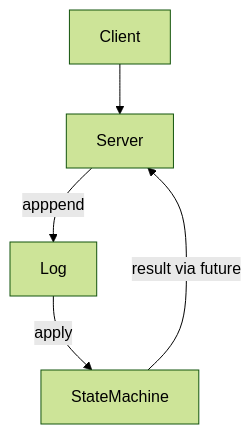
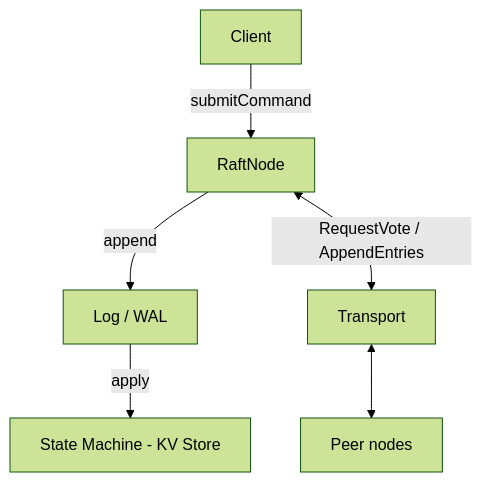
One commit to SpechtLabs/granary changed the diagram in README.md. Above: the diagram before and after it, drawn with Mermaid (forest theme). The commit also changed other lines of this file and 36 other files, not shown here.

````diff
--- a/README.md
+++ b/README.md
@@ -15,12 +53,15 @@
 ```mermaid
 flowchart TD
     client[Client]
-    server[Server]
-    log[Log]
-    sm[StateMachine]
+    node[RaftNode]
+    log[Log / WAL]
+    sm[State Machine - KV Store]
+    transport[Transport]
+    peers[Peer nodes]
 
-    client --> server
-    server -->|apppend| log
+    client -->|submitCommand| node
+    node -->|append| log
     log -->|apply| sm
-    sm -->|result via future| server
+    node <-->|RequestVote / AppendEntries| transport
+    transport <--> peers
 ```
````
